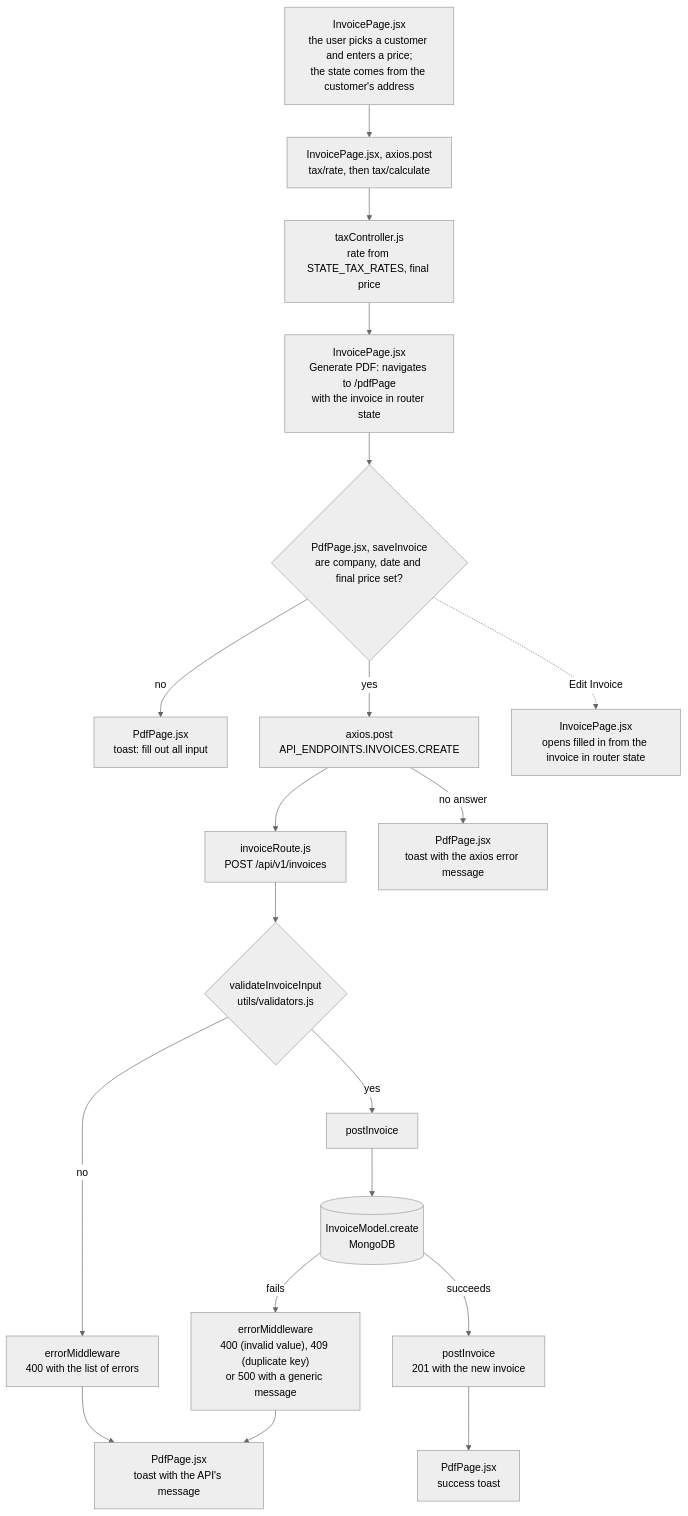
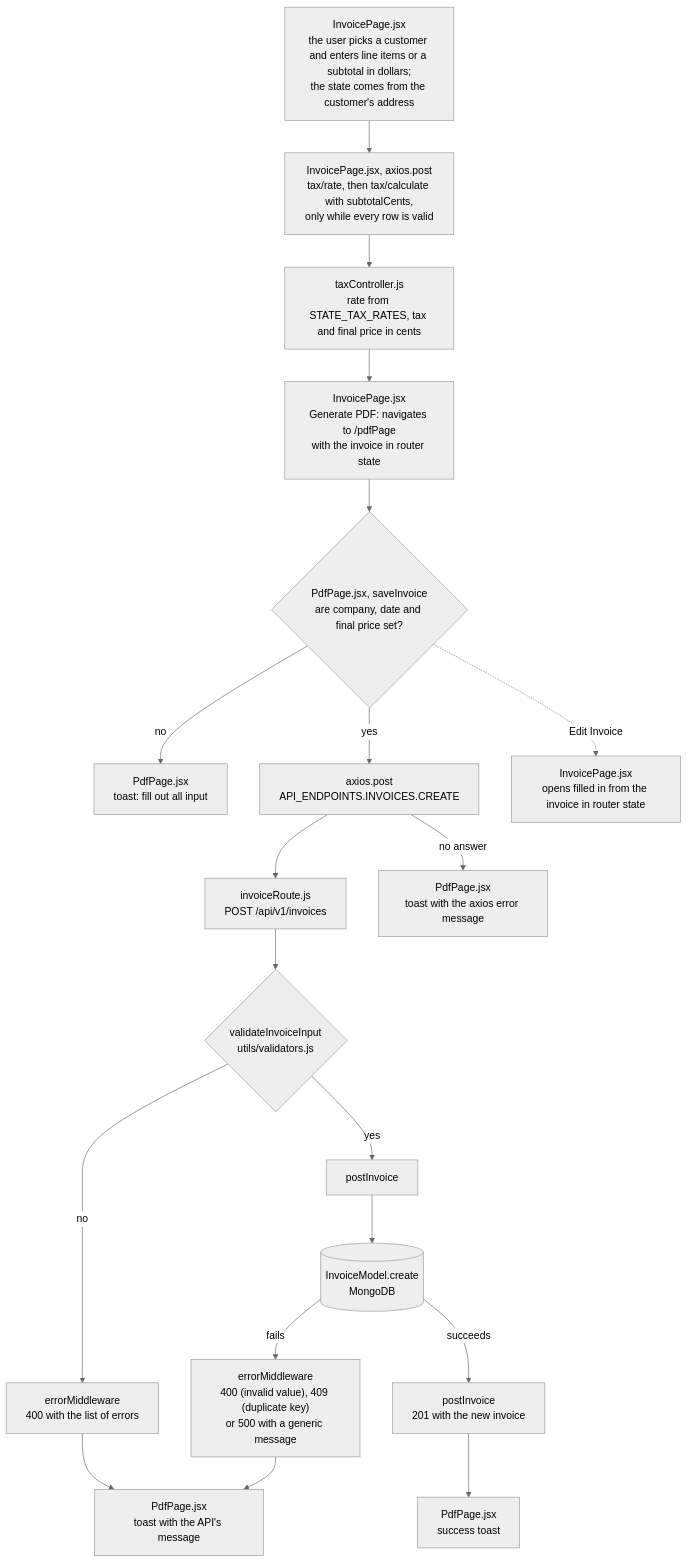
One commit to MatheusCastro99/InvoiceMe changed the second of 2 diagrams in Harness_Config/Context/DataFlow.md. Above: the diagram before and after it, drawn with Mermaid (neutral theme). The commit also changed 7 other files, not shown here.

````diff
--- a/Harness_Config/Context/DataFlow.md
+++ b/Harness_Config/Context/DataFlow.md
@@ -36,21 +36,21 @@
 ```mermaid
 flowchart TD
-    A["InvoicePage.jsx<br/>the user picks a customer and enters a price;<br/>the state comes from the customer's address"] --> T["InvoicePage.jsx, axios.post<br/>tax/rate, then tax/calculate"]
-    T --> T1["taxController.js<br/>rate from STATE_TAX_RATES, final price"]
+    A["InvoicePage.jsx<br/>the user picks a customer and enters line items or a subtotal in dollars;<br/>the state comes from the customer's address"] --> T["InvoicePage.jsx, axios.post<br/>tax/rate, then tax/calculate with subtotalCents,<br/>only while every row is valid"]
+    T --> T1["taxController.js<br/>rate from STATE_TAX_RATES, tax and final price in cents"]
     T1 --> A2["InvoicePage.jsx<br/>Generate PDF: navigates to /pdfPage<br/>with the invoice in router state"]
     A2 --> B{"PdfPage.jsx, saveInvoice<br/>are company, date and final price set?"}
     B -- "no" --> B1["PdfPage.jsx<br/>toast: fill out all input"]
     B -- "yes" --> C["axios.post<br/>API_ENDPOINTS.INVOICES.CREATE"]
     C --> D["invoiceRoute.js<br/>POST /api/v1/invoices"]
     C -- "no answer" --> C1["PdfPage.jsx<br/>toast with the axios error message"]
     D --> E{"validateInvoiceInput<br/>utils/validators.js"}
     E -- "no" --> E1["errorMiddleware<br/>400 with the list of errors"]
     E -- "yes" --> F["postInvoice"]
     F --> G[("InvoiceModel.create<br/>MongoDB")]
     G -- "fails" --> G1["errorMiddleware<br/>400 (invalid value), 409 (duplicate key)<br/>or 500 with a generic message"]
     G -- "succeeds" --> H["postInvoice<br/>201 with the new invoice"]
     E1 --> I["PdfPage.jsx<br/>toast with the API's message"]
     G1 --> I
     H --> K["PdfPage.jsx<br/>success toast"]
     B -. "Edit Invoice" .-> A3["InvoicePage.jsx<br/>opens filled in from the invoice in router state"]
 ```
````
